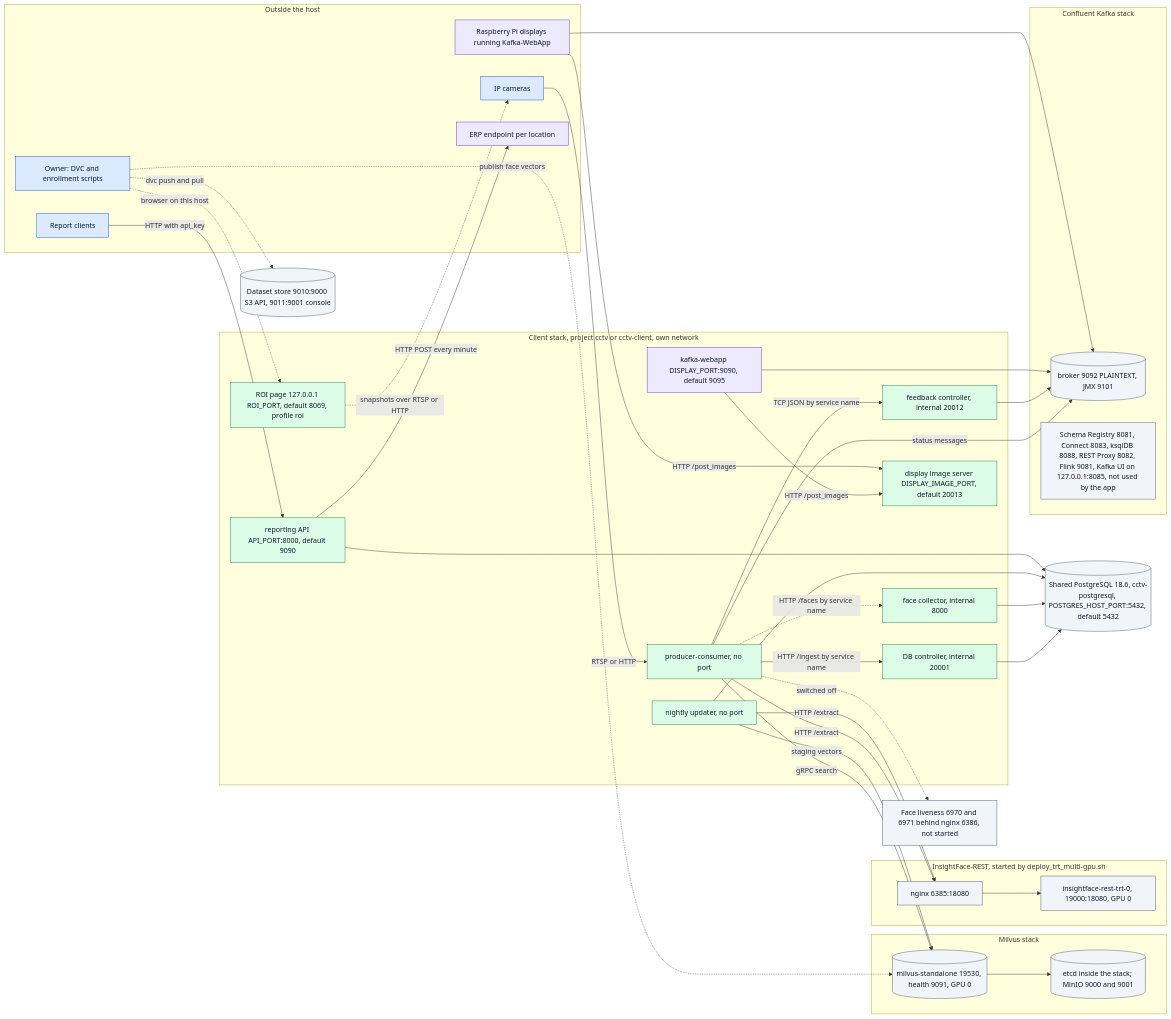
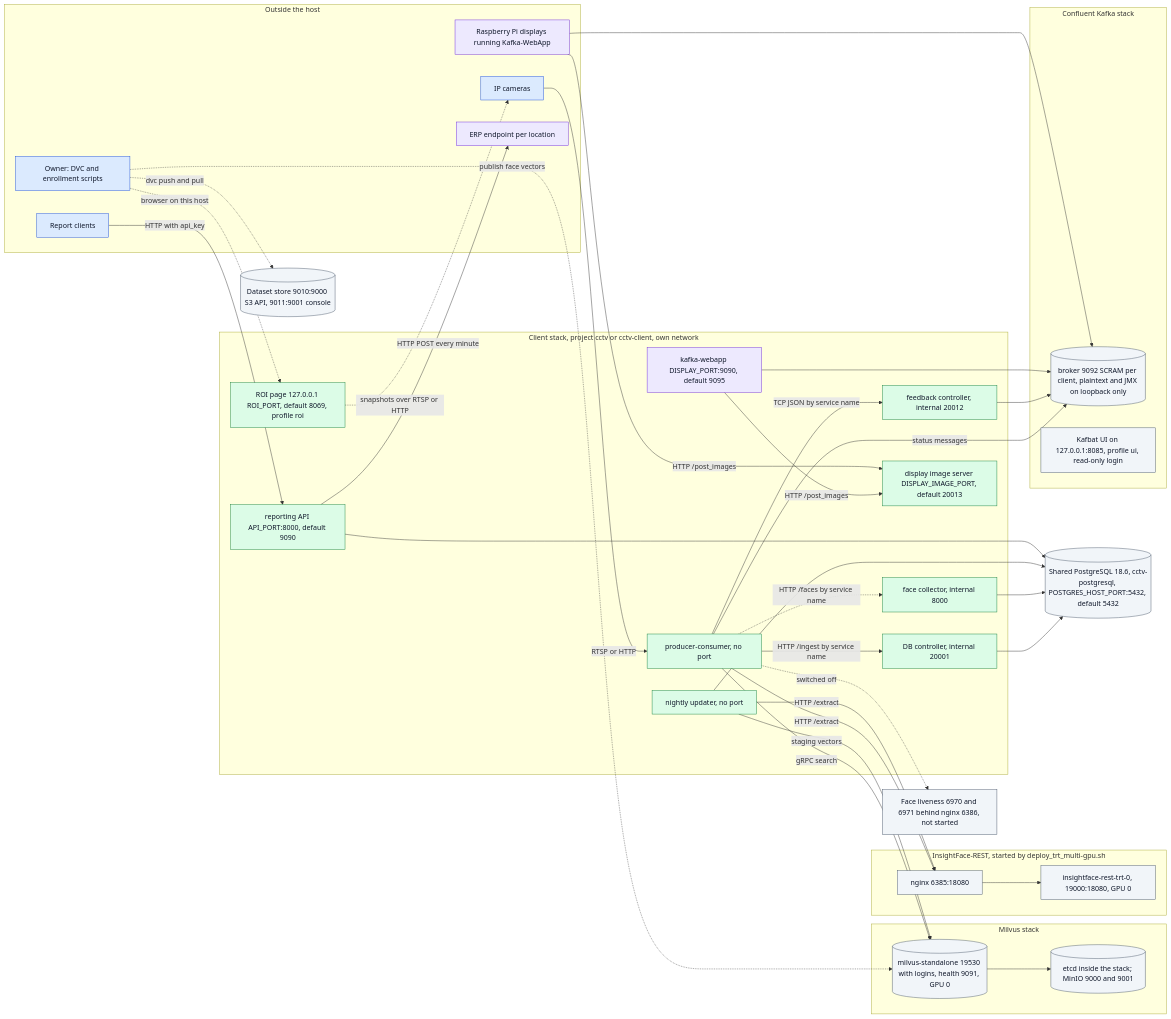
Before and after one commit to hamza-aziz-ai/CCTV-Face-Recognition-Attendance-System: the first of 3 diagrams in docs/ARCHITECTURE.md, drawn with Mermaid. The commit also changed other lines of this file and 13 other files, not shown here.

First line of the commit message:
feat: turn on per-client logins on the shared services, with the cutover runbook (D-036 step 3c) (#68)

````diff
--- a/docs/ARCHITECTURE.md
+++ b/docs/ARCHITECTURE.md
@@ -56,70 +56,70 @@
 ```mermaid
 flowchart LR
     subgraph OUTSIDE["`Outside the host`"]
         CAM["`IP cameras`"]:::entry
         CL["`Report clients`"]:::entry
         OWN["`Owner: DVC and enrollment scripts`"]:::entry
         PI["`Raspberry Pi displays running Kafka-WebApp`"]:::outcome
         ERP["`ERP endpoint per location`"]:::outcome
     end
     subgraph MAIN["`Client stack, project cctv or cctv-client, own network`"]
         PC["`producer-consumer, no port`"]:::step
         DBC["`DB controller, internal 20001`"]:::step
         FBC["`feedback controller, internal 20012`"]:::step
         API["`reporting API API_PORT:8000, default 9090`"]:::step
         COL["`face collector, internal 8000`"]:::step
         UPD["`nightly updater, no port`"]:::step
         DISP["`display image server DISPLAY_IMAGE_PORT, default 20013`"]:::step
         KW["`kafka-webapp DISPLAY_PORT:9090, default 9095`"]:::outcome
         ROI["`ROI page 127.0.0.1 ROI_PORT, default 8069, profile roi`"]:::step
     end
     PG[("`Shared PostgreSQL 18.6, cctv-postgresql, POSTGRES_HOST_PORT:5432, default 5432`")]:::store
     subgraph IFS["`InsightFace-REST, started by deploy_trt_multi-gpu.sh`"]
         NGX["`nginx 6385:18080`"]:::store
         IFR["`insightface-rest-trt-0, 19000:18080, GPU 0`"]:::store
     end
     subgraph MILVUS["`Milvus stack`"]
-        MV[("`milvus-standalone 19530, health 9091, GPU 0`")]:::store
+        MV[("`milvus-standalone 19530 with logins, health 9091, GPU 0`")]:::store
         META[("`etcd inside the stack; MinIO 9000 and 9001`")]:::store
     end
     subgraph KAFKA["`Confluent Kafka stack`"]
-        BRK[("`broker 9092 PLAINTEXT, JMX 9101`")]:::store
-        EXTRA["`Schema Registry 8081, Connect 8083, ksqlDB 8088, REST Proxy 8082, Flink 9081, Kafka UI on 127.0.0.1:8085, not used by the app`"]:::store
+        BRK[("`broker 9092 SCRAM per client, plaintext and JMX on loopback only`")]:::store
+        EXTRA["`Kafbat UI on 127.0.0.1:8085, profile ui, read-only login`"]:::store
     end
     DS[("`Dataset store 9010:9000 S3 API, 9011:9001 console`")]:::store
     LIV["`Face liveness 6970 and 6971 behind nginx 6386, not started`"]:::store
 
     CAM -->|"`RTSP or HTTP`"| PC
     PC -->|"`HTTP /extract`"| NGX --> IFR
     PC -->|"`gRPC search`"| MV
     PC -->|"`HTTP /ingest by service name`"| DBC
     PC -->|"`TCP JSON by service name`"| FBC
     PC -->|"`status messages`"| BRK
     PC -.->|"`HTTP /faces by service name`"| COL
     PC -.->|"`switched off`"| LIV
     DBC --> PG
     COL --> PG
     UPD --> PG
     API --> PG
     UPD -->|"`HTTP /extract`"| NGX
     UPD -->|"`staging vectors`"| MV
     MV --> META
     FBC --> BRK
     KW --> BRK
     KW -->|"`HTTP /post_images`"| DISP
     PI --> BRK
     PI -->|"`HTTP /post_images`"| DISP
     CL -->|"`HTTP with api_key`"| API
     API -->|"`HTTP POST every minute`"| ERP
     OWN -.->|"`dvc push and pull`"| DS
     OWN -.->|"`publish face vectors`"| MV
     OWN -.->|"`browser on this host`"| ROI
     ROI -.->|"`snapshots over RTSP or HTTP`"| CAM
 
     classDef entry fill:#dbeafe,stroke:#1d4ed8,color:#0f172a
     classDef step fill:#dcfce7,stroke:#15803d,color:#0f172a
     classDef decision fill:#fef3c7,stroke:#b45309,color:#0f172a
     classDef outcome fill:#ede9fe,stroke:#6d28d9,color:#0f172a
     classDef error fill:#fee2e2,stroke:#b91c1c,color:#0f172a
     classDef store fill:#f1f5f9,stroke:#475569,color:#0f172a
 ```
````
